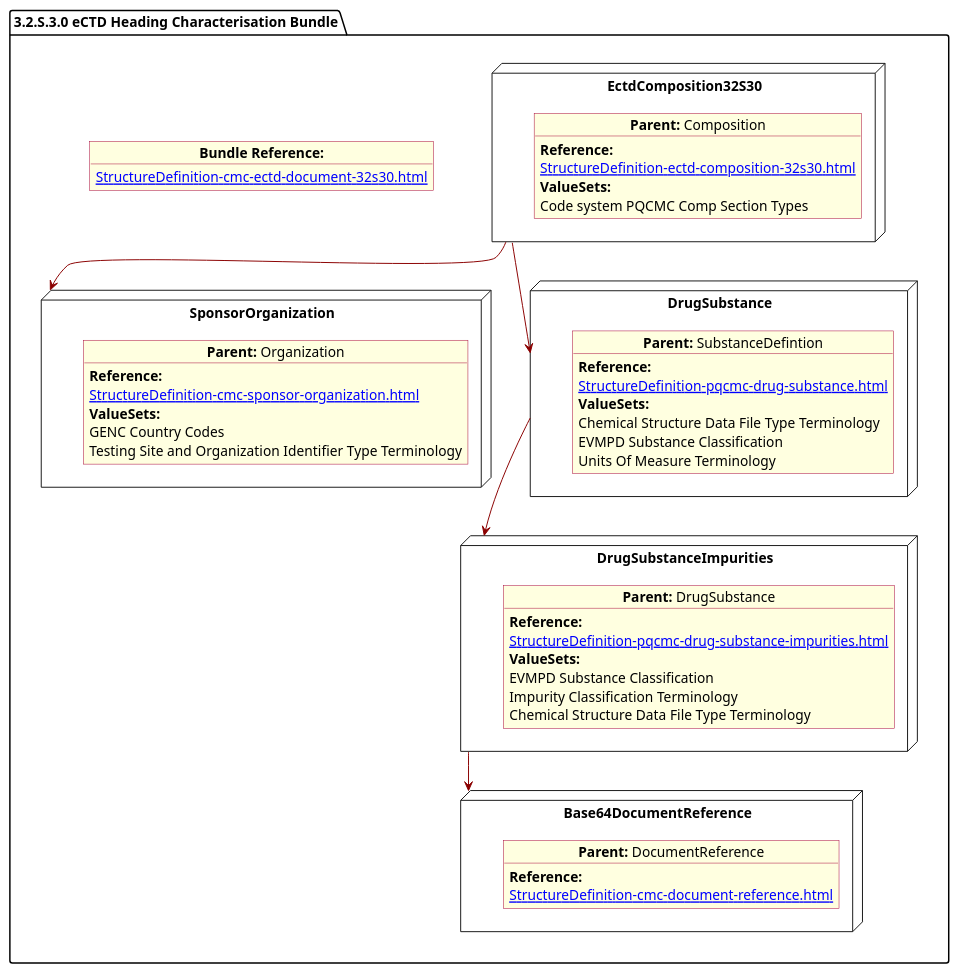
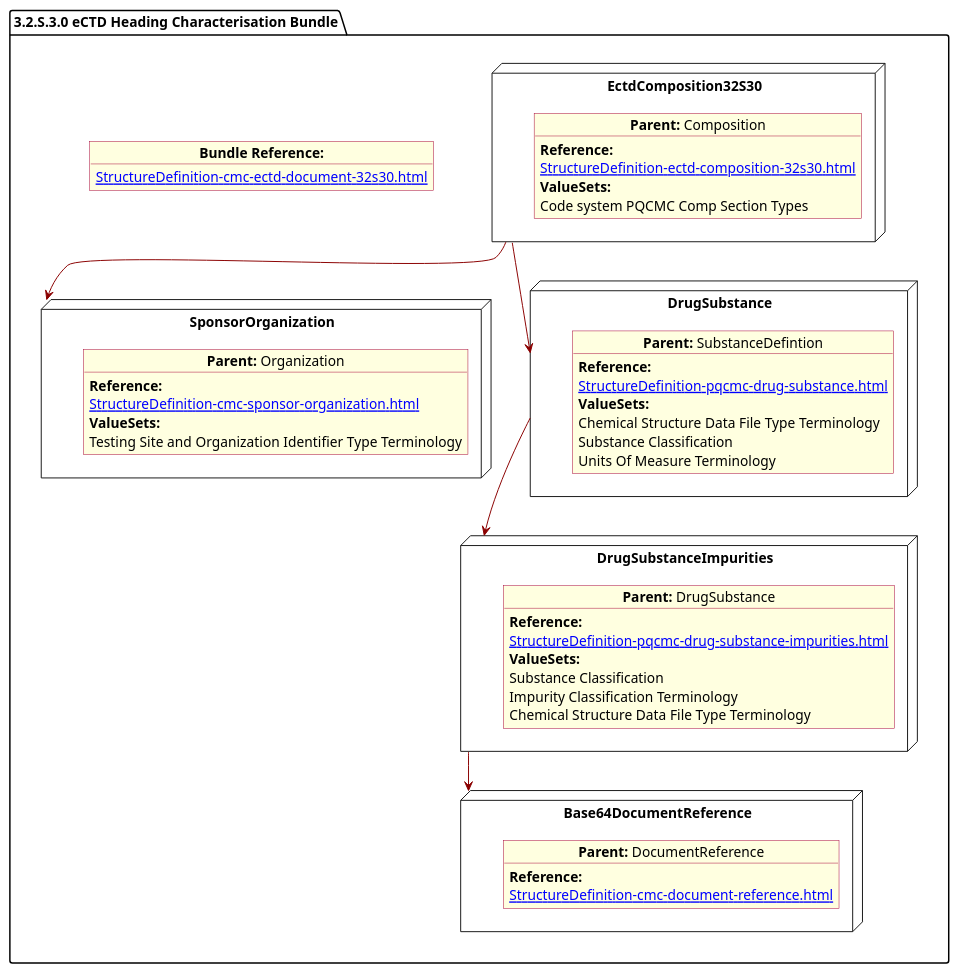
The diagram in input/images-source/SubstanceImpurity.plantuml (HL7/FHIR-us-pq-cmc-fda), drawn with PlantUML before and after one commit. The commit also changed 32 other files, not shown here.

```diff
--- a/input/images-source/SubstanceImpurity.plantuml
+++ b/input/images-source/SubstanceImpurity.plantuml
@@ -1,75 +1,74 @@
 @startuml SubstanceImpurity
 allowmixing
 'Mixed model of use case and object
 skinparam svgDimensionStyle false
 skinparam ObjectBackgroundColor LightYellow
 skinparam ObjectBorderColor #A80036
 skinparam activityDiamondBorderColor #A80036
 skinparam activityDiamondBackgroundColor lawnGreen
 skinparam ClassBorderThickness 4
 
 package "3.2.S.3.0 eCTD Heading Characterisation Bundle" as NODES {
   object "**Bundle Reference:**" as objbun {
     [[StructureDefinition-cmc-ectd-document-32s30.html]]
   }
 
   node "EctdComposition32S30" as N1 {
 
     object "**Parent:** Composition" as obj1 {
       **Reference:**
       [[StructureDefinition-ectd-composition-32s30.html]]
       **ValueSets:**
       Code system PQCMC Comp Section Types
     }
   }
   node "SponsorOrganization" as NSO {
 
     object "**Parent:** Organization" as objAu {
       **Reference:**
       [[StructureDefinition-cmc-sponsor-organization.html]]
       **ValueSets:**
-      GENC Country Codes
       Testing Site and Organization Identifier Type Terminology
     }
   }
 
   node "DrugSubstance" as NN {
 
     object "**Parent:** SubstanceDefintion" as obj3 {
 
       **Reference:**
       [[StructureDefinition-pqcmc-drug-substance.html]]
       **ValueSets:**
       Chemical Structure Data File Type Terminology
-      EVMPD Substance Classification
+      Substance Classification
       Units Of Measure Terminology
     }
   }
 
   node "DrugSubstanceImpurities" as N6 {
 
     object "**Parent:** DrugSubstance" as obj2 {
       **Reference:**
       [[StructureDefinition-pqcmc-drug-substance-impurities.html]]
       **ValueSets:**
-      EVMPD Substance Classification
+      Substance Classification
       Impurity Classification Terminology
       Chemical Structure Data File Type Terminology
     }
 
   }
   node "Base64DocumentReference" as NB64 {
 
     object "**Parent:** DocumentReference"  as obj64 {
 
       **Reference:**
       [[StructureDefinition-cmc-document-reference.html]]
     }
 
   }
   N1 -[#darkred]-> NSO
   NN -[#darkred]-> N6
   N1 -[#darkred]-> NN
   N6 -[#darkred]-> NB64
 }
 @enduml
```
